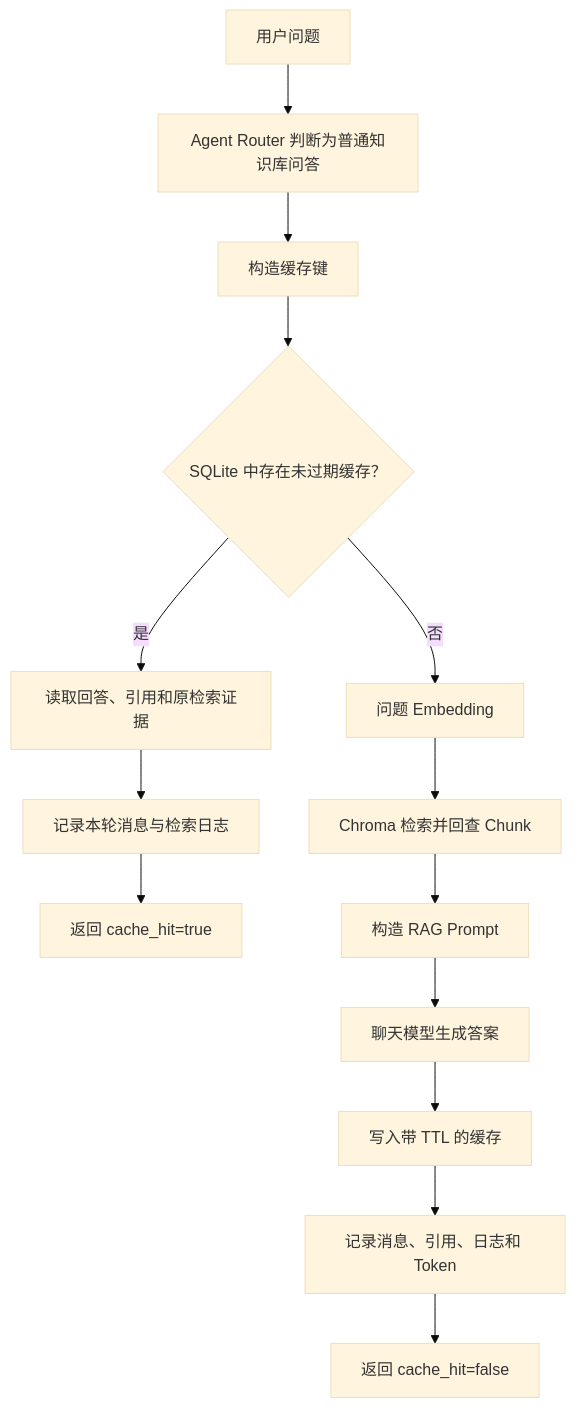
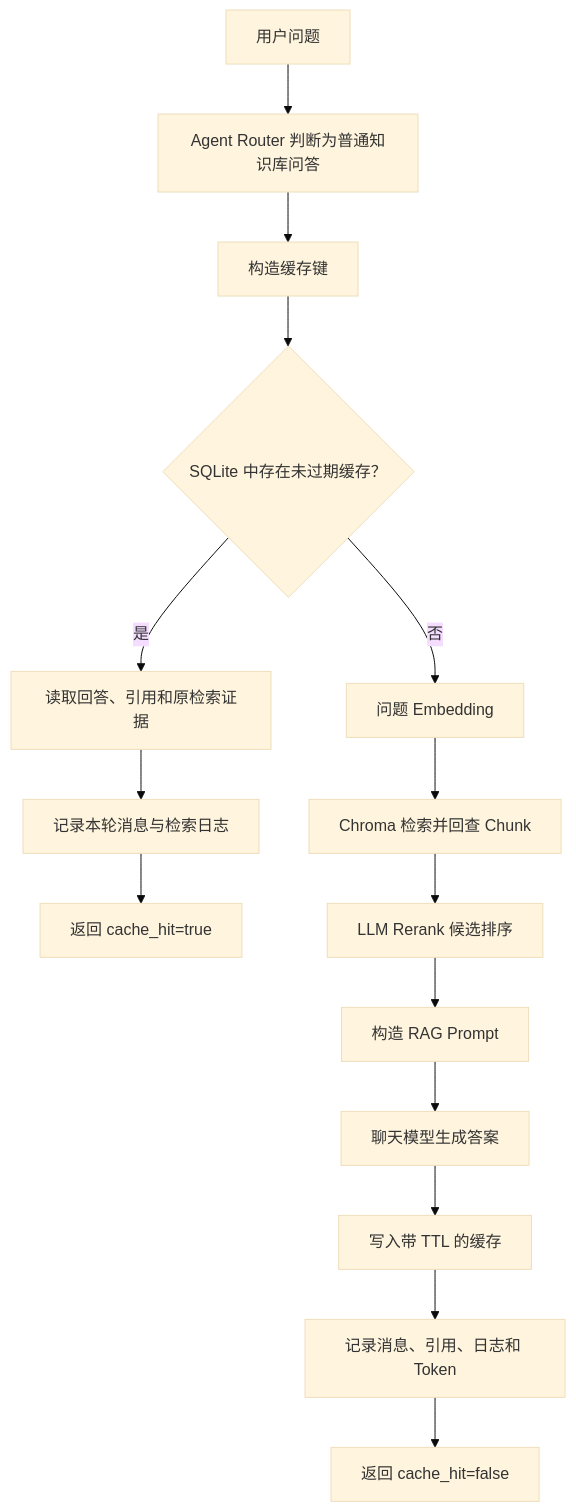
One commit to dejin-chen/knowflow-ai changed the diagram in docs/stage_10_rag_answer_cache.md. Above: the diagram before and after it, drawn with Mermaid (base theme). The commit also changed other lines of this file and 27 other files, not shown here.

Commit message:
feat: 升级 LLM Rerank 并完成百题评测

````diff
--- a/docs/stage_10_rag_answer_cache.md
+++ b/docs/stage_10_rag_answer_cache.md
@@ -34,16 +34,17 @@
 ```mermaid
 flowchart TD
     Q["用户问题"] --> R["Agent Router 判断为普通知识库问答"]
     R --> K["构造缓存键"]
     K --> C{"SQLite 中存在未过期缓存？"}
     C -->|是| H["读取回答、引用和原检索证据"]
     H --> L1["记录本轮消息与检索日志"]
     L1 --> O1["返回 cache_hit=true"]
     C -->|否| E["问题 Embedding"]
     E --> V["Chroma 检索并回查 Chunk"]
-    V --> P["构造 RAG Prompt"]
+    V --> RR["LLM Rerank 候选排序"]
+    RR --> P["构造 RAG Prompt"]
     P --> M["聊天模型生成答案"]
     M --> W["写入带 TTL 的缓存"]
     W --> L2["记录消息、引用、日志和 Token"]
     L2 --> O2["返回 cache_hit=false"]
 ```
````
